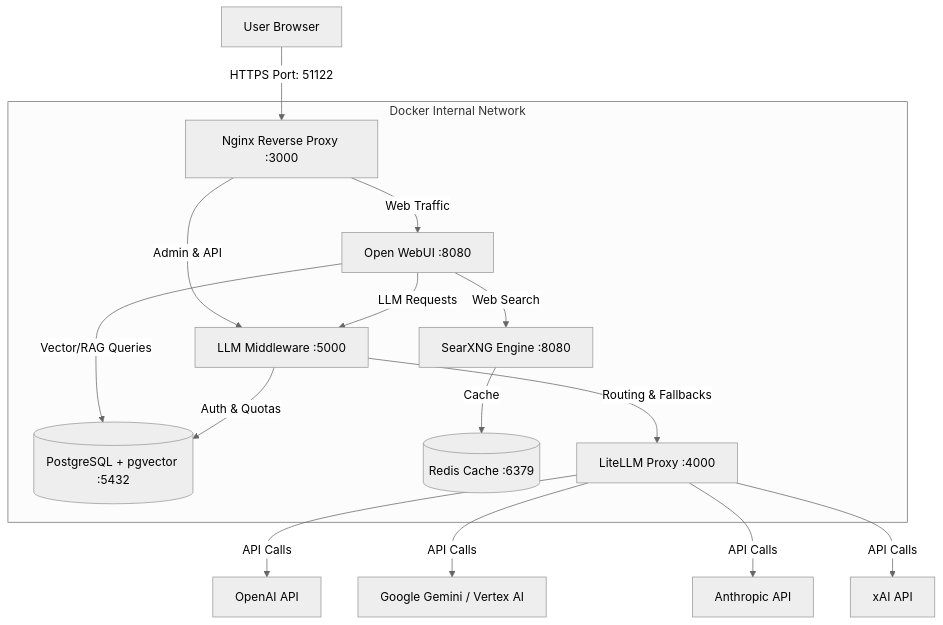
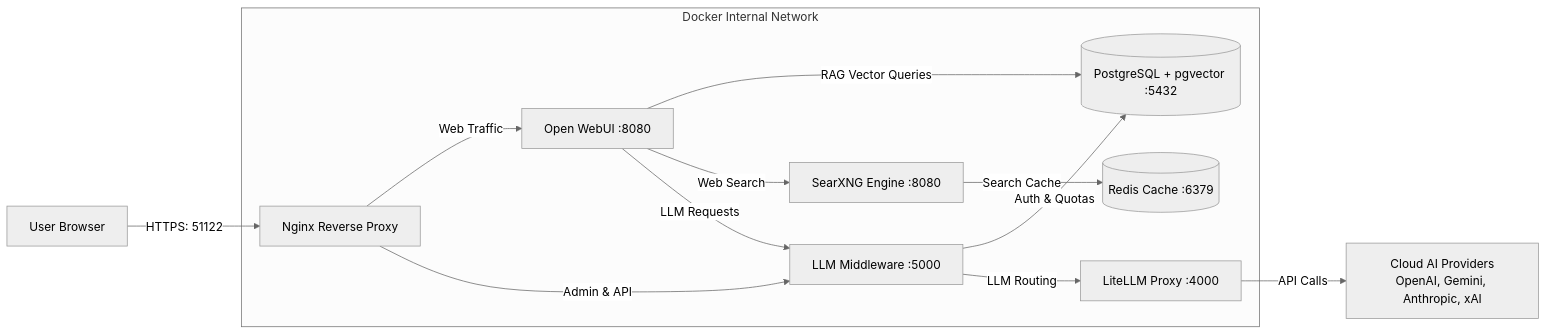
One commit to ThanhDT127/Oppen_Web_UI changed the diagram in README.md. Above: the diagram before and after it, drawn with Mermaid (neutral theme). The commit also changed other lines of this file, not shown here.

Commit message:
docs: adjust architecture diagram layout to horizontal and fix model badge text

````diff
--- a/README.md
+++ b/README.md
@@ -78,23 +78,20 @@
 ```mermaid
-graph TD
-    Client[User Browser] -- HTTPS Port: 51122 --> Nginx[Nginx Reverse Proxy :3000]
+graph LR
+    User[User Browser] -->|HTTPS: 51122| Nginx[Nginx Reverse Proxy]
     
     subgraph Docker Internal Network
-        Nginx -- Web Traffic --> WebUI[Open WebUI :8080]
-        Nginx -- Admin & API --> MW[LLM Middleware :5000]
+        Nginx -->|Web Traffic| WebUI[Open WebUI :8080]
+        Nginx -->|Admin & API| MW[LLM Middleware :5000]
         
-        WebUI -- Vector/RAG Queries --> DB[(PostgreSQL + pgvector :5432)]
-        WebUI -- LLM Requests --> MW
-        WebUI -- Web Search --> SearXNG[SearXNG Engine :8080]
+        WebUI -->|RAG Vector Queries| DB[(PostgreSQL + pgvector :5432)]
+        WebUI -->|Web Search| SearXNG[SearXNG Engine :8080]
+        WebUI -->|LLM Requests| MW
         
-        SearXNG -- Cache --> Redis[(Redis Cache :6379)]
+        SearXNG -->|Search Cache| Redis[(Redis Cache :6379)]
         
-        MW -- Routing & Fallbacks --> LiteLLM[LiteLLM Proxy :4000]
-        MW -- Auth & Quotas --> DB
+        MW -->|Auth & Quotas| DB
+        MW -->|LLM Routing| LiteLLM[LiteLLM Proxy :4000]
     end
     
-    LiteLLM -- API Calls --> OpenAI[OpenAI API]
-    LiteLLM -- API Calls --> Gemini[Google Gemini / Vertex AI]
-    LiteLLM -- API Calls --> Anthropic[Anthropic API]
-    LiteLLM -- API Calls --> xAI[xAI API]
+    LiteLLM -->|API Calls| Providers[Cloud AI Providers<br>OpenAI, Gemini, Anthropic, xAI]
 ```
````
